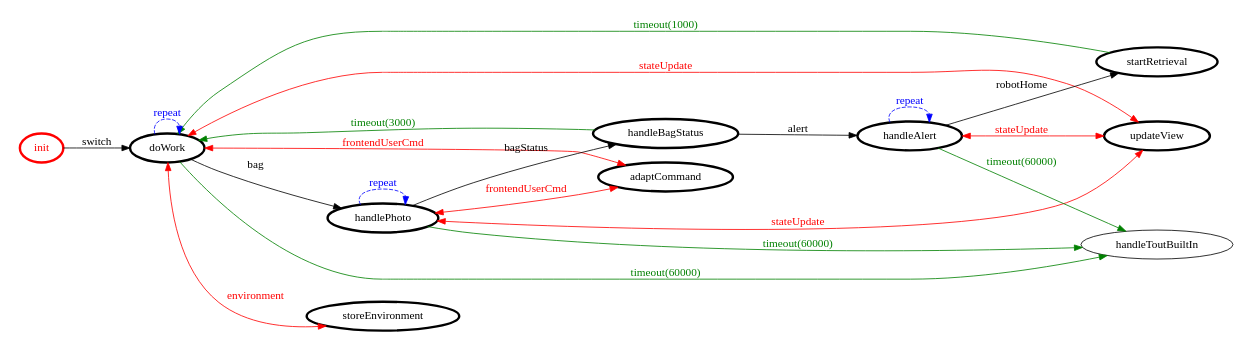
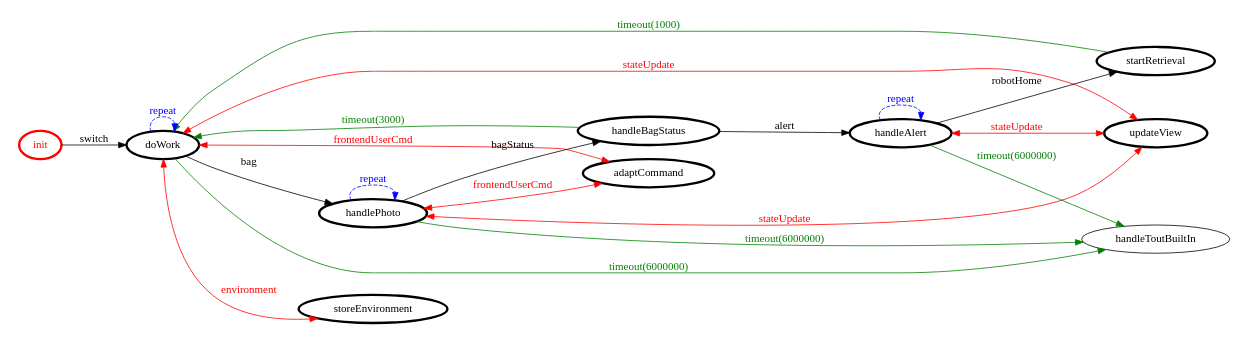
The diagram in project/srcMore/it/unibo/console/console.gv (NiccoMlt/ISS-2018-Final-Task), drawn with Graphviz before and after one commit. The commit also changed 30 other files, not shown here.

```diff
--- a/project/srcMore/it/unibo/console/console.gv
+++ b/project/srcMore/it/unibo/console/console.gv
@@ -1,41 +1,41 @@
 /*
 *
 * A GraphViz DOT FSM description 
 * Please use a GraphViz visualizer (like http://www.webgraphviz.com)
 *  
 */
 
 digraph finite_state_machine {
 	rankdir=LR
 	size="8,5"
 	
 	init [ color = red ][ fontcolor = red ][ penwidth = 3 ]
 	startRetrieval [ color = black ][ fontcolor = black ][ penwidth = 3 ]
 	updateView [ color = black ][ fontcolor = black ][ penwidth = 3 ]
 	storeEnvironment [ color = black ][ fontcolor = black ][ penwidth = 3 ]
 	doWork [ color = black ][ fontcolor = black ][ penwidth = 3 ]
 	handlePhoto [ color = black ][ fontcolor = black ][ penwidth = 3 ]
 	adaptCommand [ color = black ][ fontcolor = black ][ penwidth = 3 ]
 	handleBagStatus [ color = black ][ fontcolor = black ][ penwidth = 3 ]
 	handleAlert [ color = black ][ fontcolor = black ][ penwidth = 3 ]
 	
 	doWork -> handlePhoto [ label = "bag" ][ color = black ][ fontcolor = black ]
-	doWork -> handleToutBuiltIn [ label = "timeout(60000)" ][ color = green ][ fontcolor = green ]
+	handleAlert -> handleToutBuiltIn [ label = "timeout(6000000)" ][ color = green ][ fontcolor = green ]
 	handlePhoto -> updateView [ label = "stateUpdate" ][ color = red ][ fontcolor = red ][ dir = both ]
-	handlePhoto -> handleToutBuiltIn [ label = "timeout(60000)" ][ color = green ][ fontcolor = green ]
 	doWork -> updateView [ label = "stateUpdate" ][ color = red ][ fontcolor = red ][ dir = both ]
 	startRetrieval -> doWork [ label = "timeout(1000)" ][ color = green ][ fontcolor = green ]
 	doWork -> doWork [ label = "repeat "][ style = dashed ][ color = blue ][ fontcolor = blue ]
 	handleBagStatus -> handleAlert [ label = "alert" ][ color = black ][ fontcolor = black ]
 	handlePhoto -> adaptCommand [ label = "frontendUserCmd" ][ color = red ][ fontcolor = red ][ dir = both ]
 	doWork -> storeEnvironment [ label = "environment" ][ color = red ][ fontcolor = red ][ dir = both ]
+	doWork -> handleToutBuiltIn [ label = "timeout(6000000)" ][ color = green ][ fontcolor = green ]
+	handlePhoto -> handleToutBuiltIn [ label = "timeout(6000000)" ][ color = green ][ fontcolor = green ]
 	handleAlert -> updateView [ label = "stateUpdate" ][ color = red ][ fontcolor = red ][ dir = both ]
 	init -> doWork [ label = "switch" ][ color = black ][ fontcolor = black ]
 	handlePhoto -> handleBagStatus [ label = "bagStatus" ][ color = black ][ fontcolor = black ]
 	handleAlert -> handleAlert [ label = "repeat "][ style = dashed ][ color = blue ][ fontcolor = blue ]
 	handleBagStatus -> doWork [ label = "timeout(3000)" ][ color = green ][ fontcolor = green ]
 	handlePhoto -> handlePhoto [ label = "repeat "][ style = dashed ][ color = blue ][ fontcolor = blue ]
-	handleAlert -> handleToutBuiltIn [ label = "timeout(60000)" ][ color = green ][ fontcolor = green ]
 	handleAlert -> startRetrieval [ label = "robotHome" ][ color = black ][ fontcolor = black ]
 	doWork -> adaptCommand [ label = "frontendUserCmd" ][ color = red ][ fontcolor = red ][ dir = both ]
 }
```
